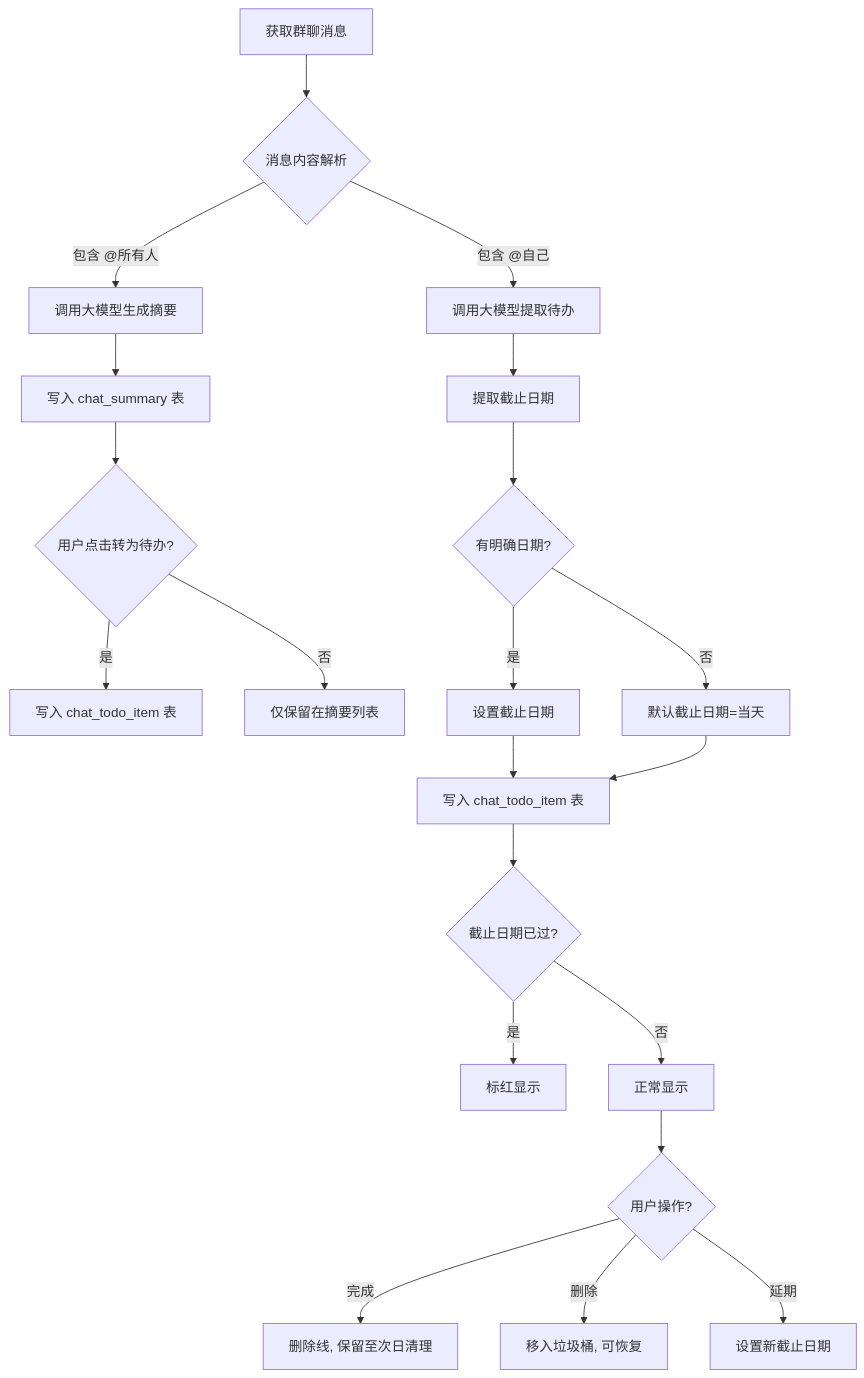
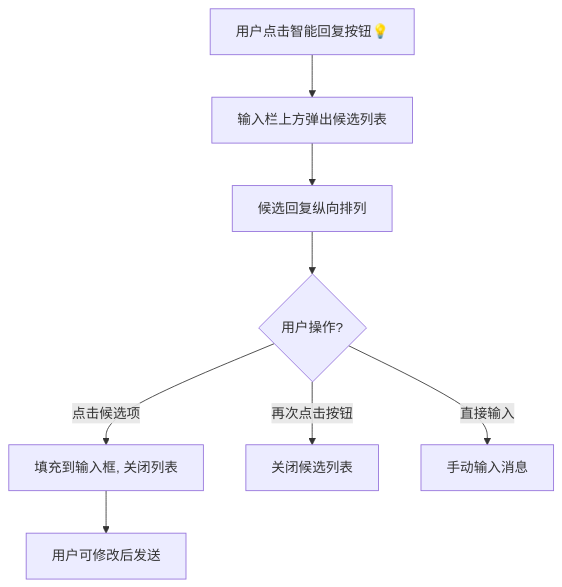
One commit to SSSokach/nfxx changed the third of 5 diagrams in ai-assistant-tech-spec.md. Above: the diagram before and after it, drawn with Mermaid. The commit also changed other lines of this file and 7 other files, not shown here.

````diff
--- a/ai-assistant-tech-spec.md
+++ b/ai-assistant-tech-spec.md
@@ -270,23 +306,10 @@
 ```mermaid
 flowchart TD
-    A[获取群聊消息] --> B{消息内容解析}
-    B -->|包含 @所有人| C[调用大模型生成摘要]
-    B -->|包含 @自己| D[调用大模型提取待办]
-    C --> E[写入 chat_summary 表]
-    E --> E2{用户点击转为待办?}
-    E2 -->|是| E3[写入 chat_todo_item 表]
-    E2 -->|否| E4[仅保留在摘要列表]
-    D --> F[提取截止日期]
-    F --> G{有明确日期?}
-    G -->|是| H[设置截止日期]
-    G -->|否| I[默认截止日期=当天]
-    H --> J[写入 chat_todo_item 表]
-    I --> J
-    J --> K{截止日期已过?}
-    K -->|是| L[标红显示]
-    K -->|否| M[正常显示]
-    M --> N{用户操作?}
-    N -->|完成| O[删除线, 保留至次日清理]
-    N -->|删除| P[移入垃圾桶, 可恢复]
-    N -->|延期| Q[设置新截止日期]
+    A[用户点击智能回复按钮💡] --> B[输入栏上方弹出候选列表]
+    B --> B2[候选回复纵向排列]
+    B2 --> C{用户操作?}
+    C -->|点击候选项| D[填充到输入框, 关闭列表]
+    D --> E[用户可修改后发送]
+    C -->|再次点击按钮| F[关闭候选列表]
+    C -->|直接输入| G[手动输入消息]
 ```
````
